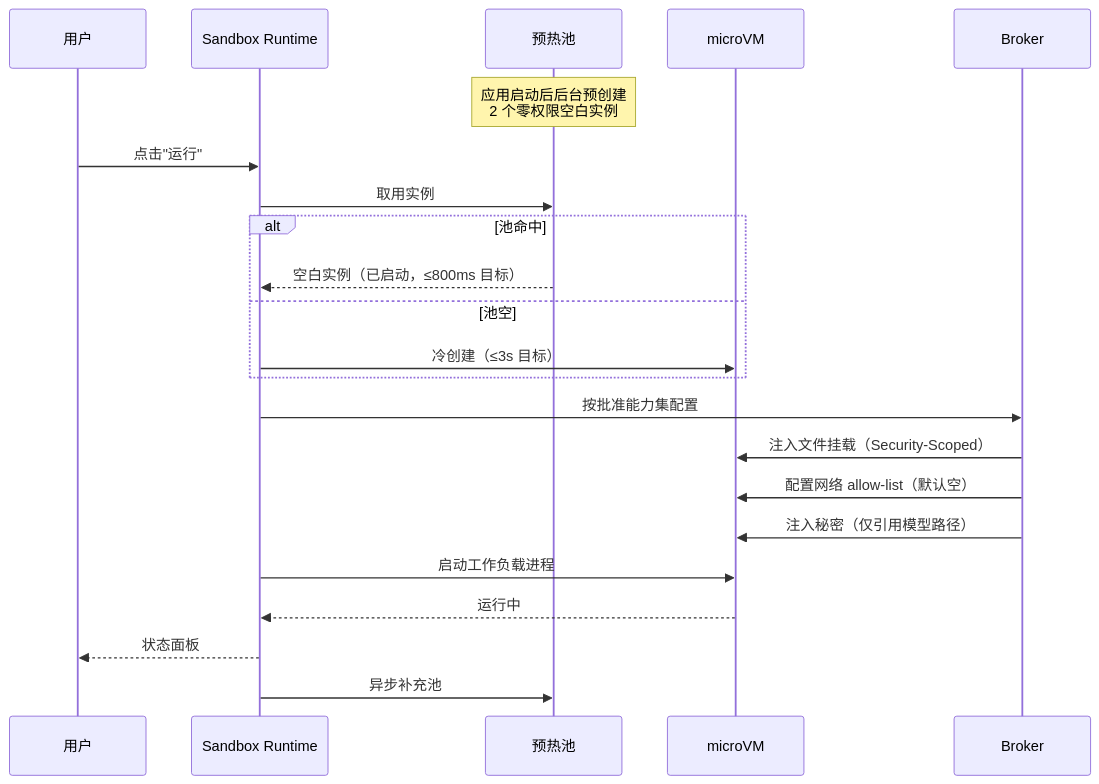
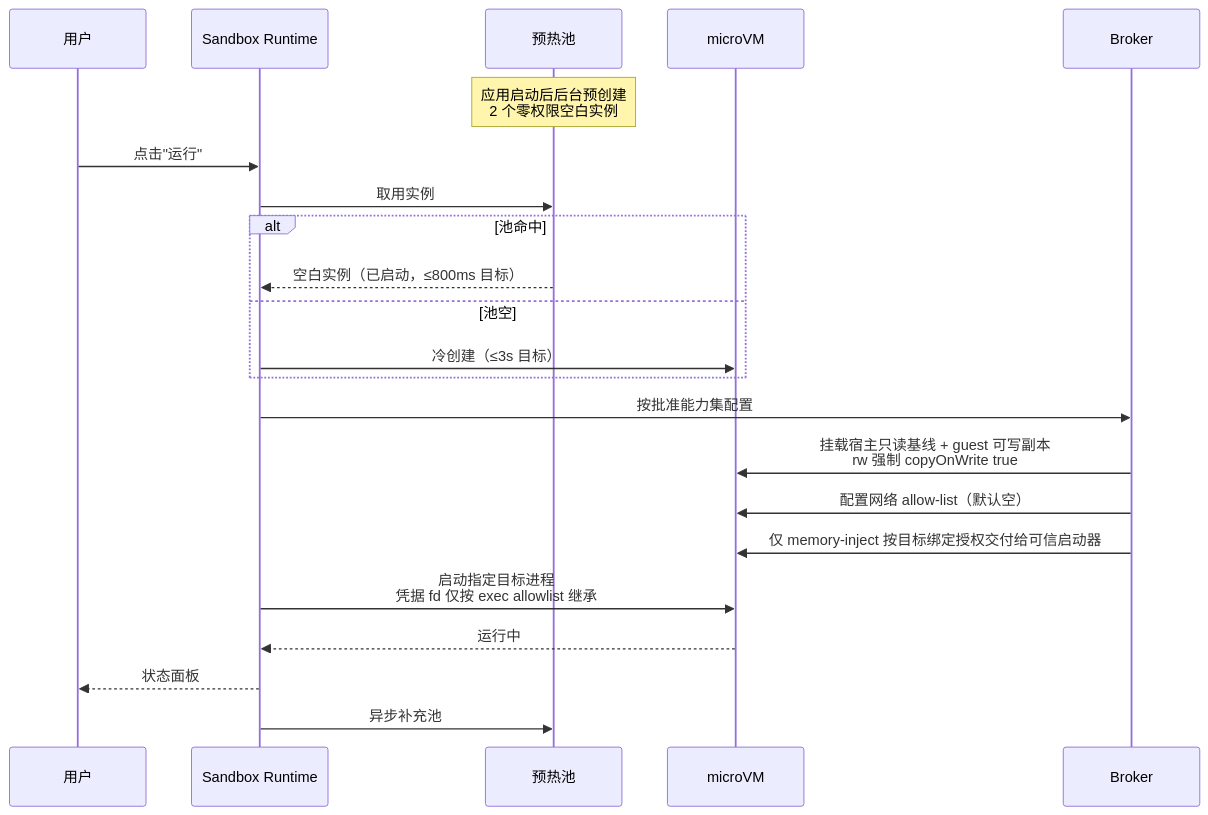
The fifth of 6 diagrams in docs/prd/desktop-sandbox/source/02-模块设计.md (mingmingtsao/mini-sandbox), drawn with Mermaid before and after one commit. The commit also changed other lines of this file and 7 other files, not shown here.

````diff
--- a/docs/prd/desktop-sandbox/source/02-模块设计.md
+++ b/docs/prd/desktop-sandbox/source/02-模块设计.md
@@ -394,25 +421,25 @@
 ```mermaid
 sequenceDiagram
     participant U as 用户
     participant R as Sandbox Runtime
     participant Pool as 预热池
     participant VM as microVM
     participant B as Broker
 
     Note over Pool: 应用启动后后台预创建<br/>2 个零权限空白实例
     U->>R: 点击"运行"
     R->>Pool: 取用实例
     alt 池命中
         Pool-->>R: 空白实例（已启动，≤800ms 目标）
     else 池空
         R->>VM: 冷创建（≤3s 目标）
     end
     R->>B: 按批准能力集配置
-    B->>VM: 注入文件挂载（Security-Scoped）
+    B->>VM: 挂载宿主只读基线 + guest 可写副本<br/>rw 强制 copyOnWrite true
     B->>VM: 配置网络 allow-list（默认空）
-    B->>VM: 注入秘密（仅引用模型路径）
-    R->>VM: 启动工作负载进程
+    B->>VM: 仅 memory-inject 按目标绑定授权交付给可信启动器
+    R->>VM: 启动指定目标进程<br/>凭据 fd 仅按 exec allowlist 继承
     VM-->>R: 运行中
     R-->>U: 状态面板
     R->>Pool: 异步补充池
 ```
````
